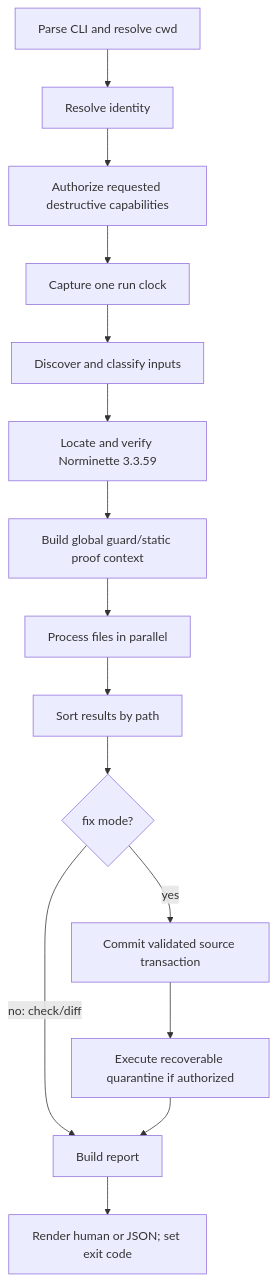
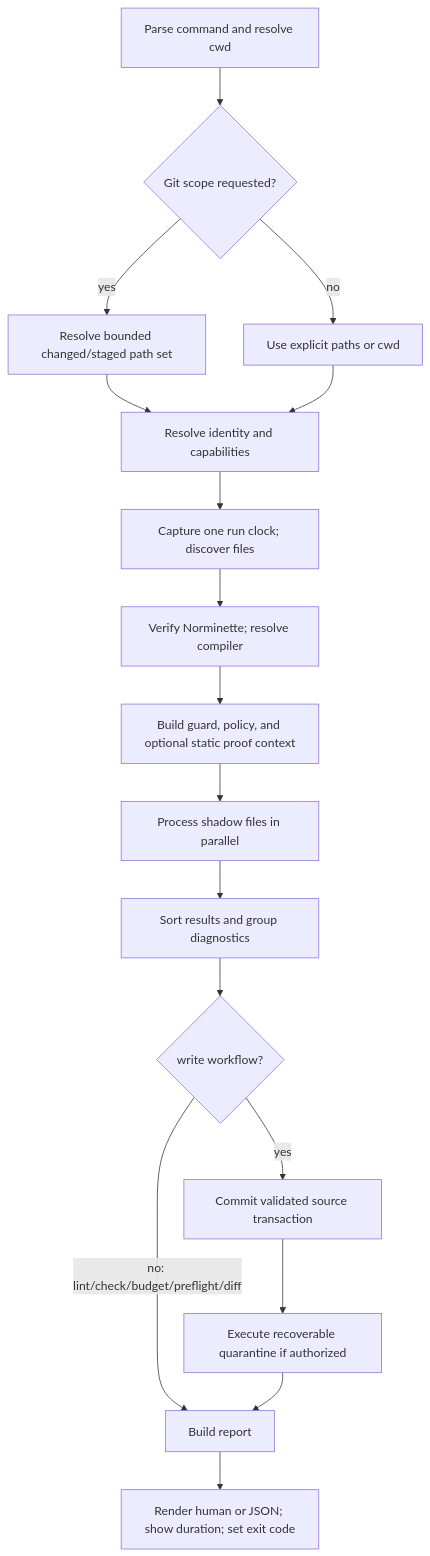
The second of 2 diagrams in docs/ARCHITECTURE.md (viniciusnevescosta/normfix), drawn with Mermaid before and after one commit. The commit also changed other lines of this file and 3 other files, not shown here.

First line of the commit message:
docs: document the architecture, compatibility policy, and release process

````diff
--- a/docs/ARCHITECTURE.md
+++ b/docs/ARCHITECTURE.md
@@ -423,17 +531,19 @@
 ```mermaid
 flowchart TD
-    A["Parse CLI and resolve cwd"] --> B["Resolve identity"]
-    B --> C["Authorize requested destructive capabilities"]
-    C --> D["Capture one run clock"]
-    D --> E["Discover and classify inputs"]
-    E --> F["Locate and verify Norminette 3.3.59"]
-    F --> G["Build global guard/static proof context"]
-    G --> H["Process files in parallel"]
-    H --> I["Sort results by path"]
-    I --> J{"fix mode?"}
-    J -- "no: check/diff" --> M["Build report"]
-    J -- "yes" --> K["Commit validated source transaction"]
-    K --> L["Execute recoverable quarantine if authorized"]
-    L --> M
-    M --> N["Render human or JSON; set exit code"]
+    A["Parse command and resolve cwd"] --> B{"Git scope requested?"}
+    B -- "yes" --> C["Resolve bounded changed/staged path set"]
+    B -- "no" --> D["Use explicit paths or cwd"]
+    C --> E["Resolve identity and capabilities"]
+    D --> E
+    E --> F["Capture one run clock; discover files"]
+    F --> G["Verify Norminette; resolve compiler"]
+    G --> H["Build guard, policy, and optional static proof context"]
+    H --> I["Process shadow files in parallel"]
+    I --> J["Sort results and group diagnostics"]
+    J --> K{"write workflow?"}
+    K -- "no: lint/check/budget/preflight/diff" --> N["Build report"]
+    K -- "yes" --> L["Commit validated source transaction"]
+    L --> M["Execute recoverable quarantine if authorized"]
+    M --> N
+    N --> O["Render human or JSON; show duration; set exit code"]
 ```
````
